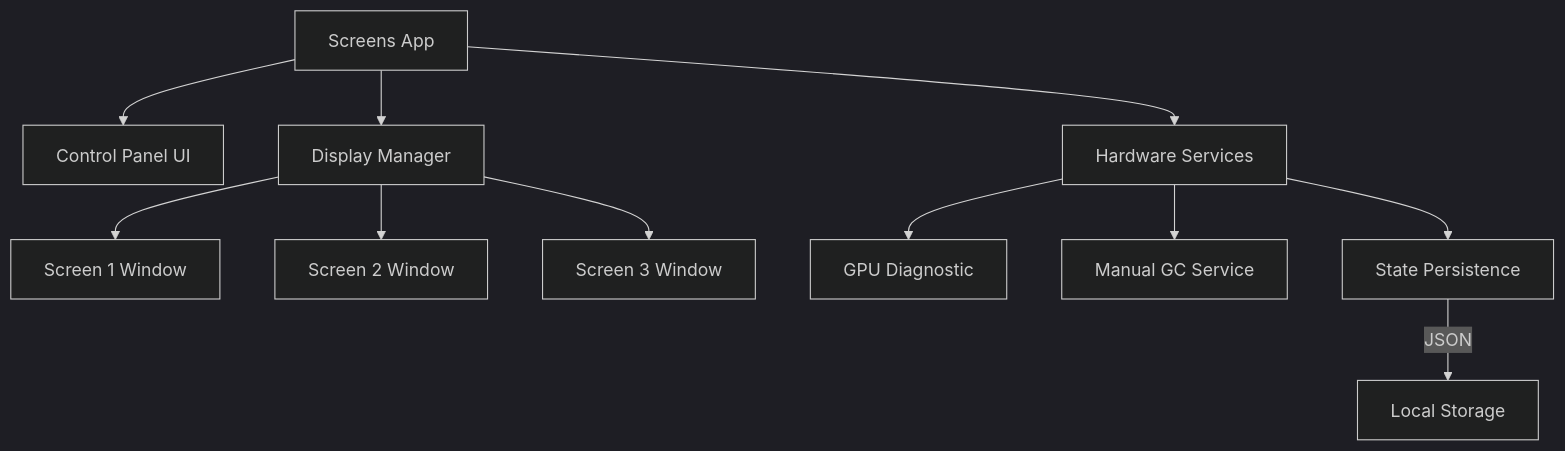
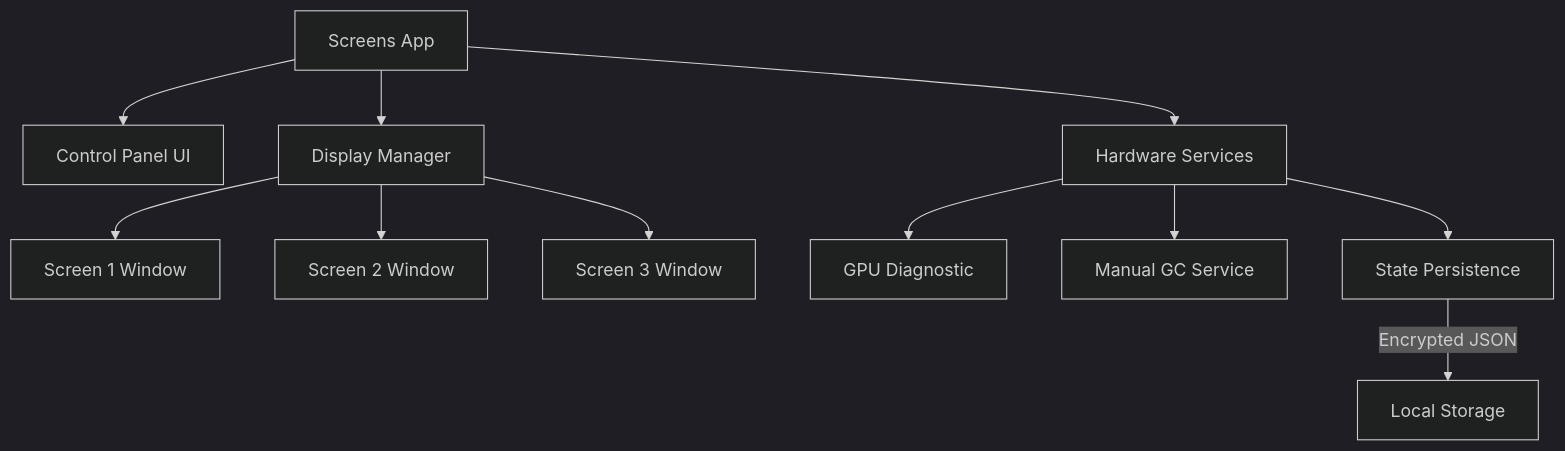
One commit to SoporteEH/ScreensWeb-agent changed the diagram in local-agent/README.md. Above: the diagram before and after it, drawn with Mermaid (dark theme). The commit also changed other lines of this file and 12 other files, not shown here.

````diff
--- a/local-agent/README.md
+++ b/local-agent/README.md
@@ -50,16 +46,16 @@
 ```mermaid
 graph TD
     A[Screens App] --> B[Control Panel UI]
     A --> C[Display Manager]
     A --> D[Hardware Services]
     
     C --> E[Screen 1 Window]
     C --> F[Screen 2 Window]
     C --> G[Screen 3 Window]
     
     D --> H[GPU Diagnostic]
     D --> I[Manual GC Service]
     D --> J[State Persistence]
     
-    J -- JSON --> K[Local Storage]
+    J -- Encrypted JSON --> K[Local Storage]
 ```
````
